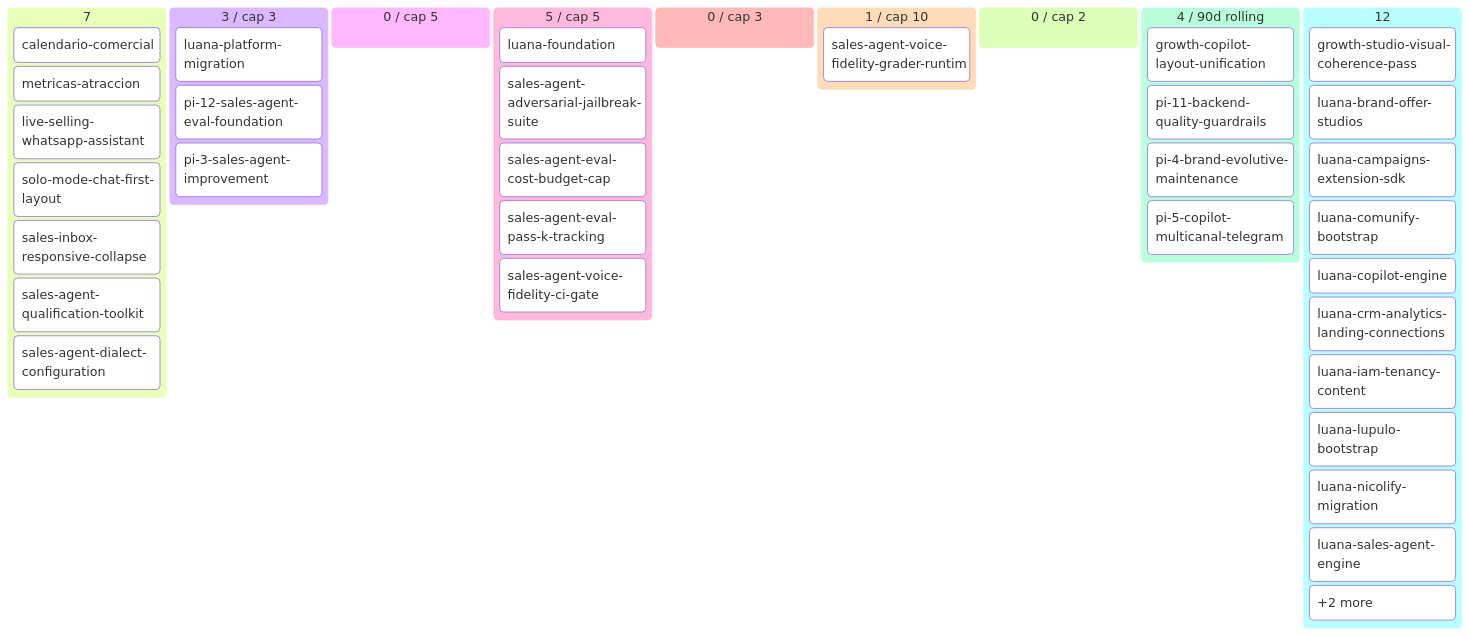
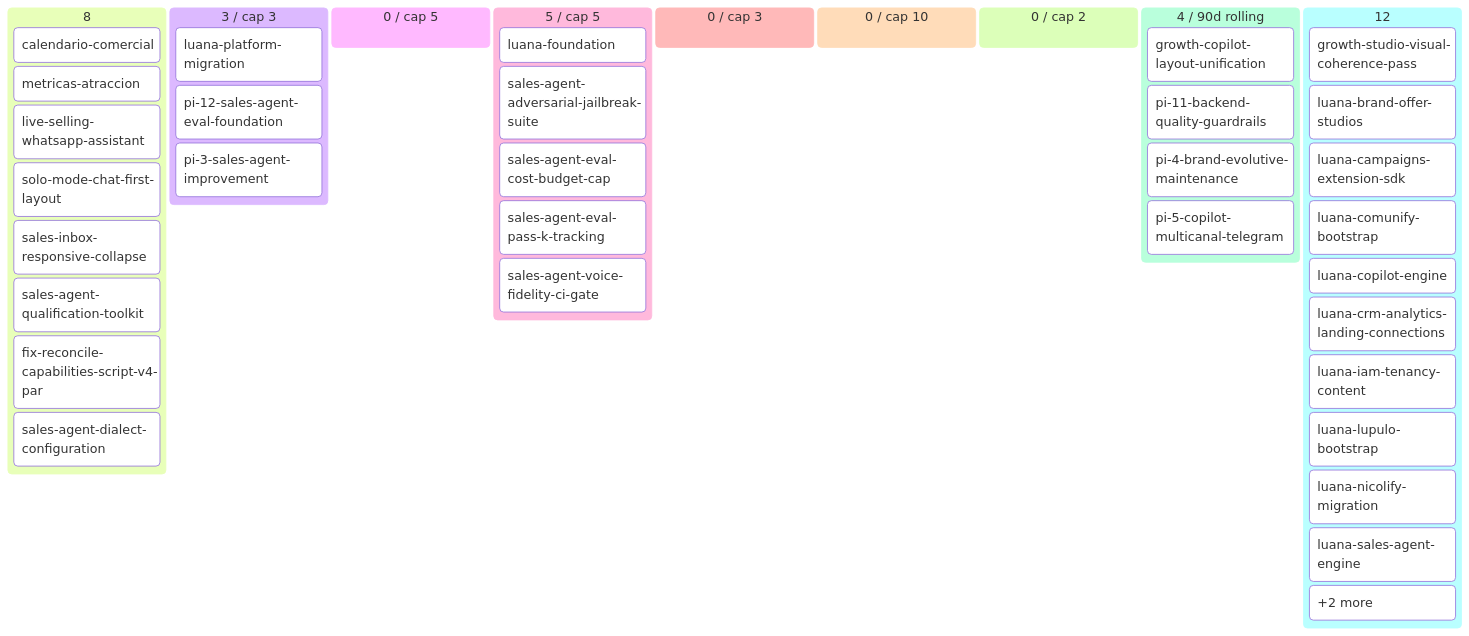
The diagram in docs/product/BACKLOG.md (alpacapurpura/ap_sales_agent), drawn with Mermaid before and after one commit. The commit also changed other lines of this file and 44 other files, not shown here.

````diff
--- a/docs/product/BACKLOG.md
+++ b/docs/product/BACKLOG.md
@@ -70,43 +71,43 @@
 ```mermaid
 kanban
-  💡 Ideas (7)
+  💡 Ideas (8)
     calendario-comercial[calendario-comercial]
     metricas-atraccion[metricas-atraccion]
     live-selling-whatsapp-assistan[live-selling-whatsapp-assistant]
     solo-mode-chat-first-layout[solo-mode-chat-first-layout]
     sales-inbox-responsive-collaps[sales-inbox-responsive-collapse]
     sales-agent-qualification-tool[sales-agent-qualification-toolkit]
+    fix-reconcile-capabilities-scr[fix-reconcile-capabilities-script-v4-par]
     sales-agent-dialect-configurat[sales-agent-dialect-configuration]
   🔬 Refining (3 / cap 3)
     luana-platform-migration[luana-platform-migration]
     pi-12-sales-agent-eval-foundat[pi-12-sales-agent-eval-foundation]
     pi-3-sales-agent-improvement[pi-3-sales-agent-improvement]
   ✅ Refined (0 / cap 5)
   📦 Ready (5 / cap 5)
     luana-foundation[luana-foundation]
     sales-agent-adversarial-jailbr[sales-agent-adversarial-jailbreak-suite]
     sales-agent-eval-cost-budget-c[sales-agent-eval-cost-budget-cap]
     sales-agent-eval-pass-k-tracki[sales-agent-eval-pass-k-tracking]
     sales-agent-voice-fidelity-ci-[sales-agent-voice-fidelity-ci-gate]
   🔨 Developing (0 / cap 3)
-  🧪 Developed (1 / cap 10)
-    sales-agent-voice-fidelity-gra[sales-agent-voice-fidelity-grader-runtim]
+  🧪 Developed (0 / cap 10)
   🔍 Reviewing (0 / cap 2)
   ✅ Done (4 / 90d rolling)
     growth-copilot-layout-unificat[growth-copilot-layout-unification]
     pi-11-backend-quality-guardrai[pi-11-backend-quality-guardrails]
     pi-4-brand-evolutive-maintenan[pi-4-brand-evolutive-maintenance]
     pi-5-copilot-multicanal-telegr[pi-5-copilot-multicanal-telegram]
   🅿 Parked (12)
     growth-studio-visual-coherence[growth-studio-visual-coherence-pass]
     luana-brand-offer-studios[luana-brand-offer-studios]
     luana-campaigns-extension-sdk[luana-campaigns-extension-sdk]
     luana-comunify-bootstrap[luana-comunify-bootstrap]
     luana-copilot-engine[luana-copilot-engine]
     luana-crm-analytics-landing-co[luana-crm-analytics-landing-connections]
     luana-iam-tenancy-content[luana-iam-tenancy-content]
     luana-lupulo-bootstrap[luana-lupulo-bootstrap]
     luana-nicolify-migration[luana-nicolify-migration]
     luana-sales-agent-engine[luana-sales-agent-engine]
     overflow-🅿 Parked[+2 more]
 ```
````
